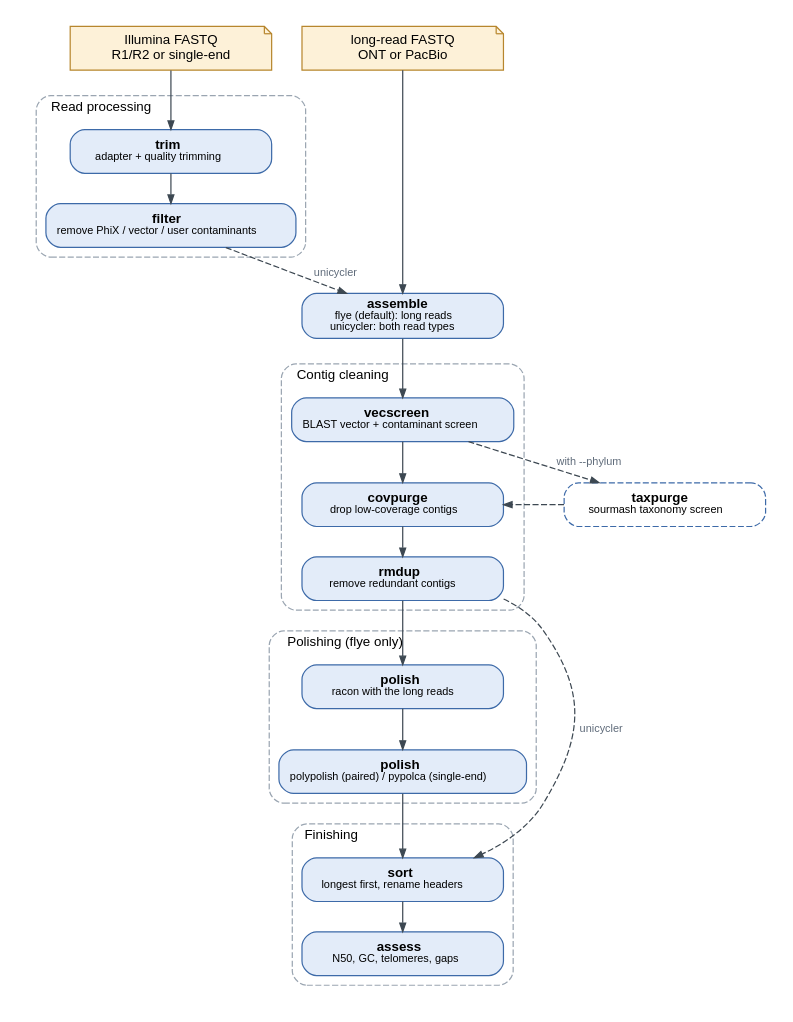
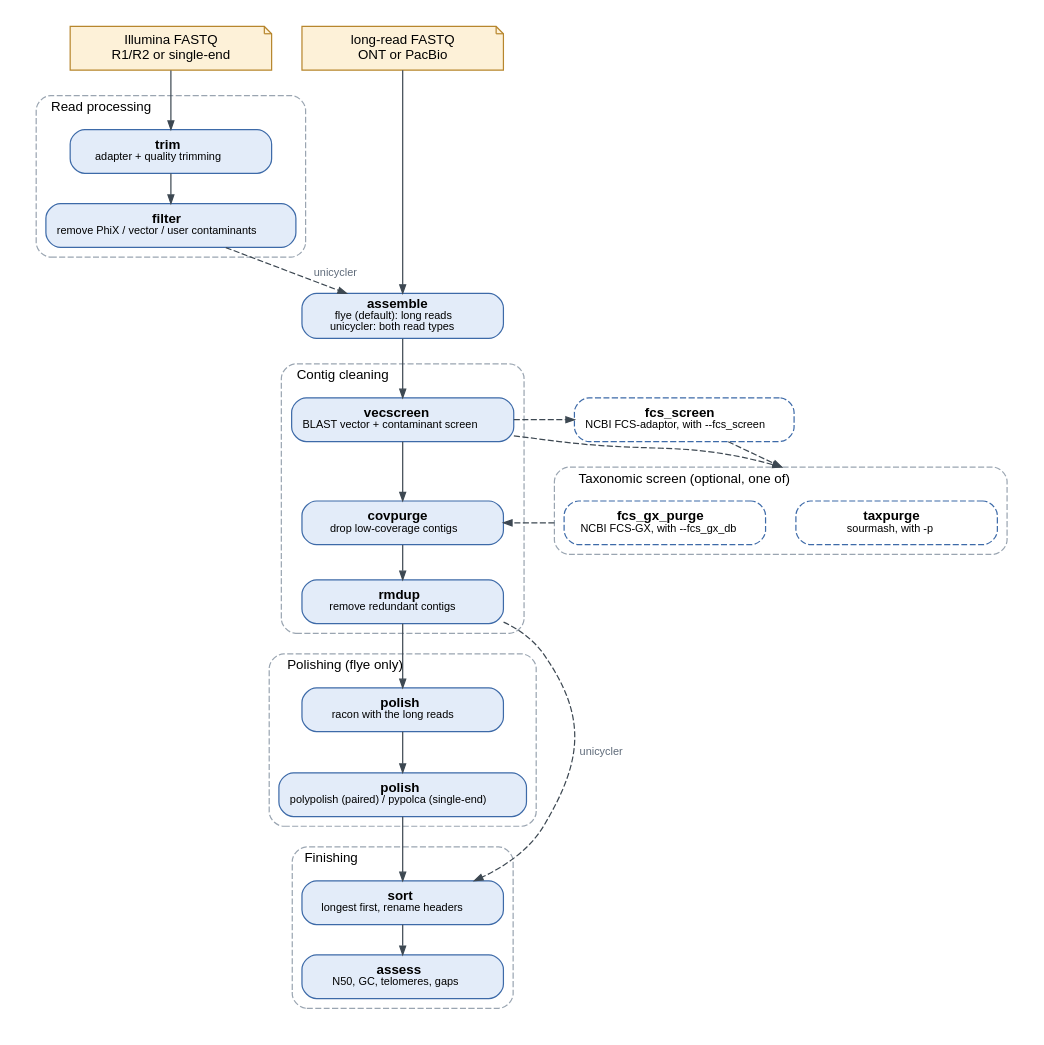
Before and after one commit to stajichlab/AAFTF: the third of 3 diagrams in docs/workflow.rst, drawn with Graphviz. The commit also changed other lines of this file and 7 other files, not shown here.

First line of the commit message:
Add support for NCBI FCS-adaptor and FCS-GX screening in pipelines

```diff
--- a/docs/workflow.rst
+++ b/docs/workflow.rst
@@ -273,39 +287,46 @@
 .. graphviz::
    :align: center
 
    digraph pipeline_hybrid {
-       graph [bgcolor="white", pad="0.2", fontname="Helvetica", fontsize=11, nodesep=0.35, ranksep=0.32, newrank=true, labeljust=l, color="#9aa5b1", style="rounded,dashed"]
+       graph [compound=true, bgcolor="white", pad="0.2", fontname="Helvetica", fontsize=11, nodesep=0.35, ranksep=0.32, newrank=true, labeljust=l, color="#9aa5b1", style="rounded,dashed"]
        node [shape=box, style="rounded,filled", fillcolor="#e3ecf9", color="#3d6aa8", fontname="Helvetica", fontsize=11, width=2.3, height=0.5, margin="0.12,0.05"]
        edge [color="#3d4852", arrowsize=0.7, fontname="Helvetica", fontsize=9, fontcolor="#5f6b7a"]
        illumina [label="Illumina FASTQ\nR1/R2 or single-end", shape=note, fillcolor="#fdf1d8", color="#b7862d"]
        longreads [label="long-read FASTQ\nONT or PacBio", shape=note, fillcolor="#fdf1d8", color="#b7862d"]
        subgraph cluster_reads { label="Read processing"
            trim [label=<<b>trim</b><br/><font point-size="9">adapter + quality trimming</font>>]
            filter [label=<<b>filter</b><br/><font point-size="9">remove PhiX / vector / user contaminants</font>>]
        }
        assemble [label=<<b>assemble</b><br/><font point-size="9">flye (default): long reads<br/>unicycler: both read types</font>>]
        subgraph cluster_clean { label="Contig cleaning"
            vecscreen [label=<<b>vecscreen</b><br/><font point-size="9">BLAST vector + contaminant screen</font>>]
            covpurge [label=<<b>covpurge</b><br/><font point-size="9">drop low-coverage contigs</font>>]
            rmdup [label=<<b>rmdup</b><br/><font point-size="9">remove redundant contigs</font>>]
        }
-       taxpurge [label=<<b>taxpurge</b><br/><font point-size="9">sourmash taxonomy screen</font>>, style="rounded,dashed", fillcolor=white]
+       subgraph cluster_taxonomy { label="Taxonomic screen (optional, one of)"
+           taxpurge [label=<<b>taxpurge</b><br/><font point-size="9">sourmash, with -p</font>>, style="rounded,dashed", fillcolor=white]
+           fcs_gx [label=<<b>fcs_gx_purge</b><br/><font point-size="9">NCBI FCS-GX, with --fcs_gx_db</font>>, style="rounded,dashed", fillcolor=white]
+       }
+       fcs_screen [label=<<b>fcs_screen</b><br/><font point-size="9">NCBI FCS-adaptor, with --fcs_screen</font>>, style="rounded,dashed", fillcolor=white]
        subgraph cluster_polish { label="Polishing (flye only)"
            racon [label=<<b>polish</b><br/><font point-size="9">racon with the long reads</font>>]
            short [label=<<b>polish</b><br/><font point-size="9">polypolish (paired) / pypolca (single-end)</font>>]
        }
        subgraph cluster_finish { label="Finishing"
            sort [label=<<b>sort</b><br/><font point-size="9">longest first, rename headers</font>>]
            assess [label=<<b>assess</b><br/><font point-size="9">N50, GC, telomeres, gaps</font>>]
        }
 
        illumina -> trim -> filter [weight=10]
        longreads -> assemble [weight=10]
        filter -> assemble [style=dashed, label=" unicycler"]
        assemble -> vecscreen -> covpurge -> rmdup -> racon -> short -> sort -> assess [weight=10]
-       vecscreen -> taxpurge [style=dashed, label=" with --phylum"]
-       taxpurge -> covpurge [style=dashed]
+       vecscreen -> fcs_screen [style=dashed]
+       {rank=same; vecscreen; fcs_screen}
+       vecscreen -> taxpurge [style=dashed, lhead=cluster_taxonomy]
+       fcs_screen -> taxpurge [style=dashed, lhead=cluster_taxonomy, constraint=false]
+       fcs_gx -> covpurge [style=dashed, ltail=cluster_taxonomy]
        rmdup -> sort [style=dashed, label=" unicycler", constraint=false]
        {rank=same; illumina; longreads}
-       {rank=same; covpurge; taxpurge}
+       {rank=same; covpurge; taxpurge; fcs_gx}
    }
```
